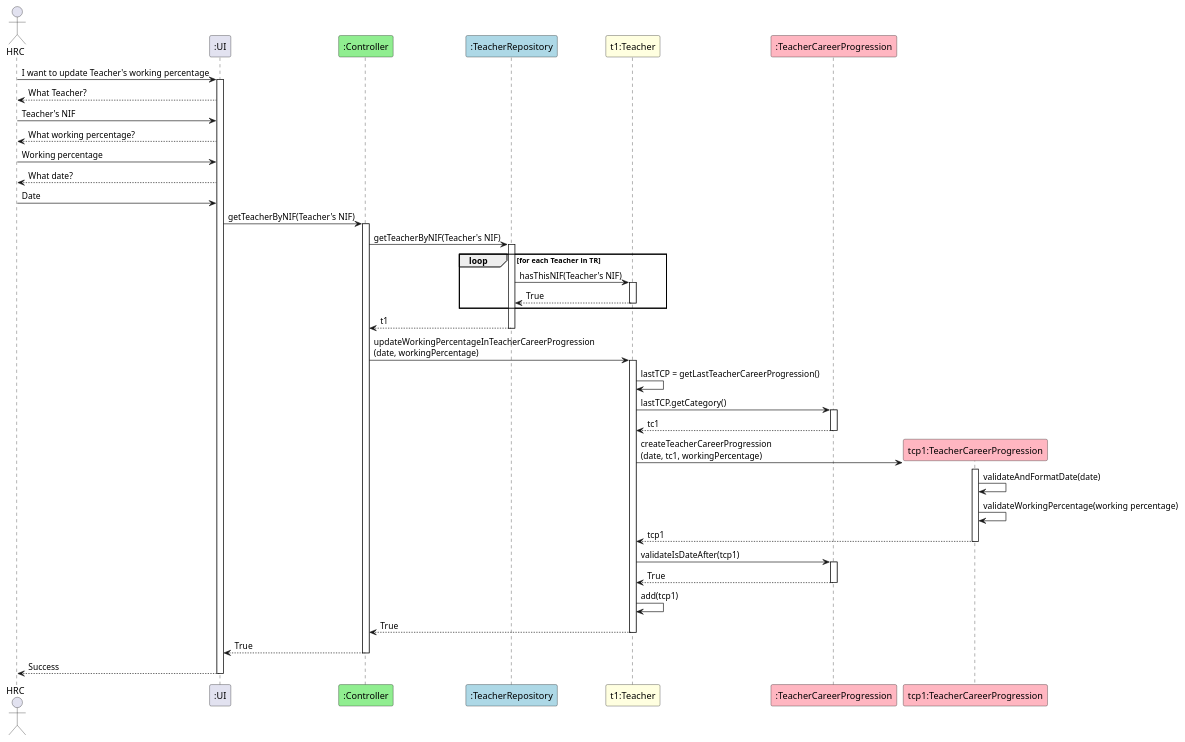
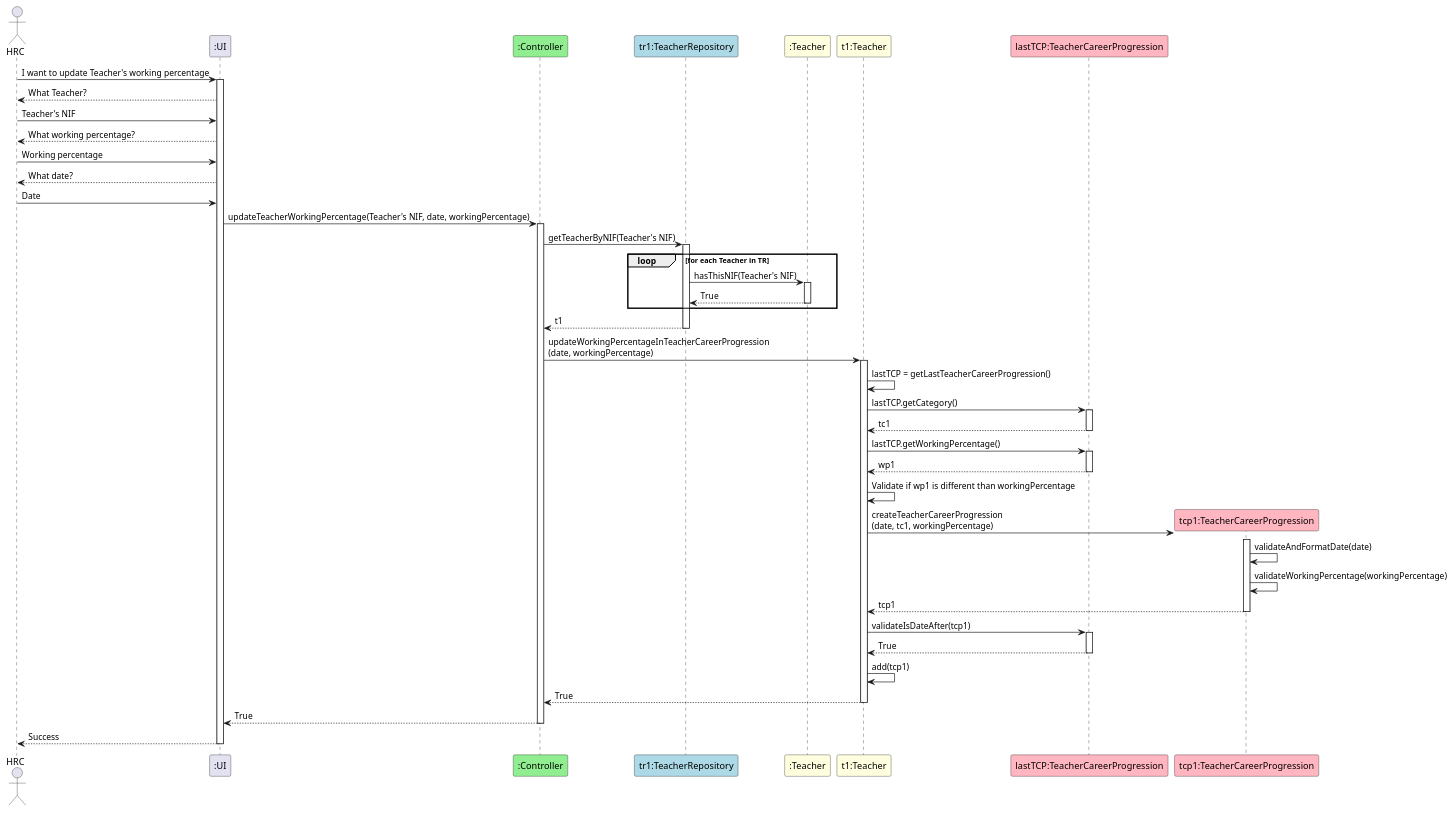
The diagram in docs/sequenceDiagrams/US15/US15_UpdateTeacherWorkingPercentage.puml (GasparISEP/DevOps-PAI), drawn with PlantUML before and after one commit. The commit also changed 3 other files, not shown here.

Commit message:
Improved US_15 Sequence Diagram and added a validation to TeacherCareerProgression class + respective test

```diff
--- a/docs/sequenceDiagrams/US15/US15_UpdateTeacherWorkingPercentage.puml
+++ b/docs/sequenceDiagrams/US15/US15_UpdateTeacherWorkingPercentage.puml
@@ -1,63 +1,69 @@
 @startuml
 
 actor HRC
 participant ":UI" as UI
 participant ":Controller" as Controller #lightgreen
-participant ":TeacherRepository" as TR #lightblue
-participant "t1:Teacher" as Teacher #lightyellow
-participant ":TeacherCareerProgression" as TCP #lightpink
+participant "tr1:TeacherRepository" as TR #lightblue
+participant ":Teacher" as Teacher #lightyellow
+participant "t1:Teacher" as t1Teacher #lightyellow
+participant "lastTCP:TeacherCareerProgression" as TCP #lightpink
 participant "tcp1:TeacherCareerProgression" as TCP1 #lightpink
 
 HRC -> UI : I want to update Teacher's working percentage
 activate UI
 UI --> HRC: What Teacher?
 HRC -> UI: Teacher's NIF
 UI --> HRC: What working percentage?
 HRC -> UI: Working percentage
 UI --> HRC: What date?
 HRC -> UI: Date
-UI -> Controller : getTeacherByNIF(Teacher's NIF)
+UI -> Controller : updateTeacherWorkingPercentage(Teacher's NIF, date, workingPercentage)
 activate Controller
 
 Controller -> TR : getTeacherByNIF(Teacher's NIF)
 activate TR
 
 loop for each Teacher in TR
     TR -> Teacher : hasThisNIF(Teacher's NIF)
     activate Teacher
     Teacher --> TR : True
     deactivate Teacher
 end
 
 TR --> Controller : t1
 deactivate TR
 
 
-Controller -> Teacher : updateWorkingPercentageInTeacherCareerProgression \n(date, workingPercentage)
-activate Teacher
-Teacher -> Teacher : lastTCP = getLastTeacherCareerProgression()
-Teacher -> TCP : lastTCP.getCategory()
+Controller -> t1Teacher : updateWorkingPercentageInTeacherCareerProgression \n(date, workingPercentage)
+activate t1Teacher
+t1Teacher -> t1Teacher : lastTCP = getLastTeacherCareerProgression()
+t1Teacher -> TCP : lastTCP.getCategory()
 activate TCP
-TCP --> Teacher : tc1
+TCP --> t1Teacher : tc1
 deactivate TCP
-Teacher -> TCP1** : createTeacherCareerProgression \n(date, tc1, workingPercentage)
+t1Teacher -> TCP : lastTCP.getWorkingPercentage()
+activate TCP
+TCP --> t1Teacher : wp1
+deactivate TCP
+t1Teacher -> t1Teacher : Validate if wp1 is different than workingPercentage
+t1Teacher -> TCP1** : createTeacherCareerProgression \n(date, tc1, workingPercentage)
 activate TCP1
 TCP1 -> TCP1 : validateAndFormatDate(date)
-TCP1 -> TCP1 : validateWorkingPercentage(working percentage)
-TCP1 --> Teacher : tcp1
+TCP1 -> TCP1 : validateWorkingPercentage(workingPercentage)
+TCP1 --> t1Teacher : tcp1
 deactivate TCP1
-Teacher -> TCP : validateIsDateAfter(tcp1)
+t1Teacher -> TCP : validateIsDateAfter(tcp1)
 activate TCP
-TCP --> Teacher : True
+TCP --> t1Teacher : True
 deactivate TCP
-Teacher -> Teacher : add(tcp1)
+t1Teacher -> t1Teacher : add(tcp1)
 
-Teacher --> Controller : True
-deactivate Teacher
+t1Teacher --> Controller : True
+deactivate t1Teacher
 
 Controller --> UI : True
 deactivate Controller
 UI --> HRC : Success
 deactivate UI
 
 @enduml
```
